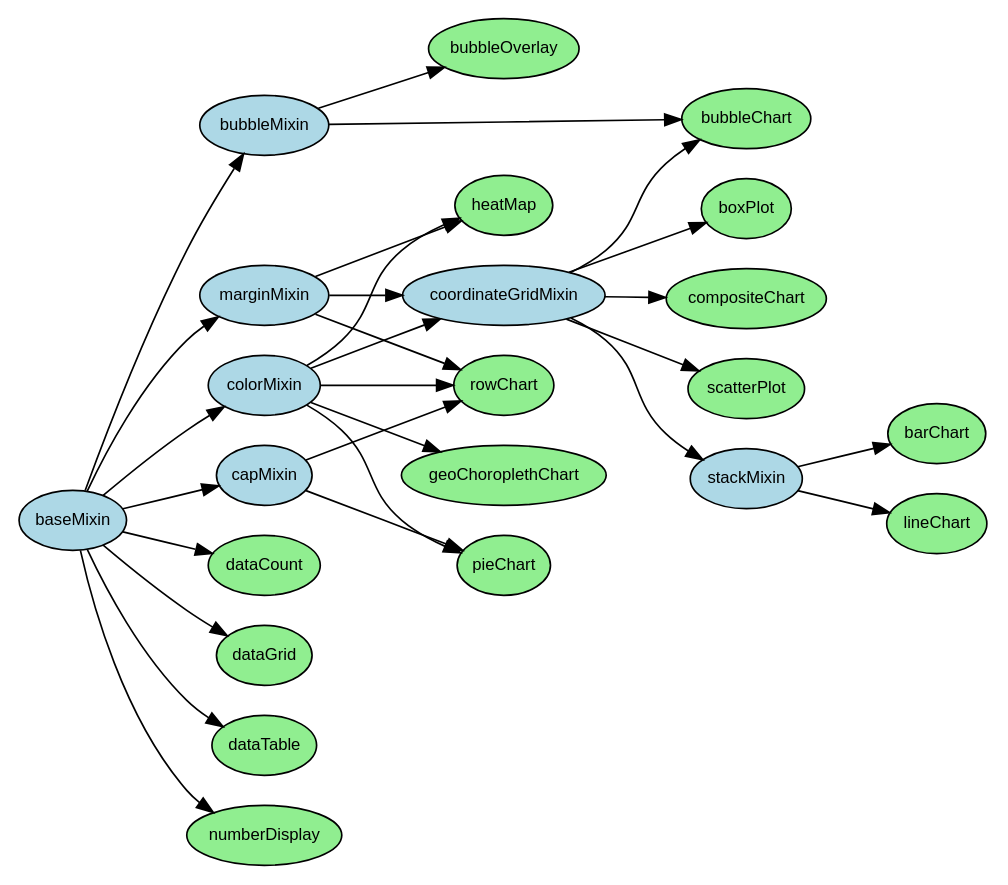
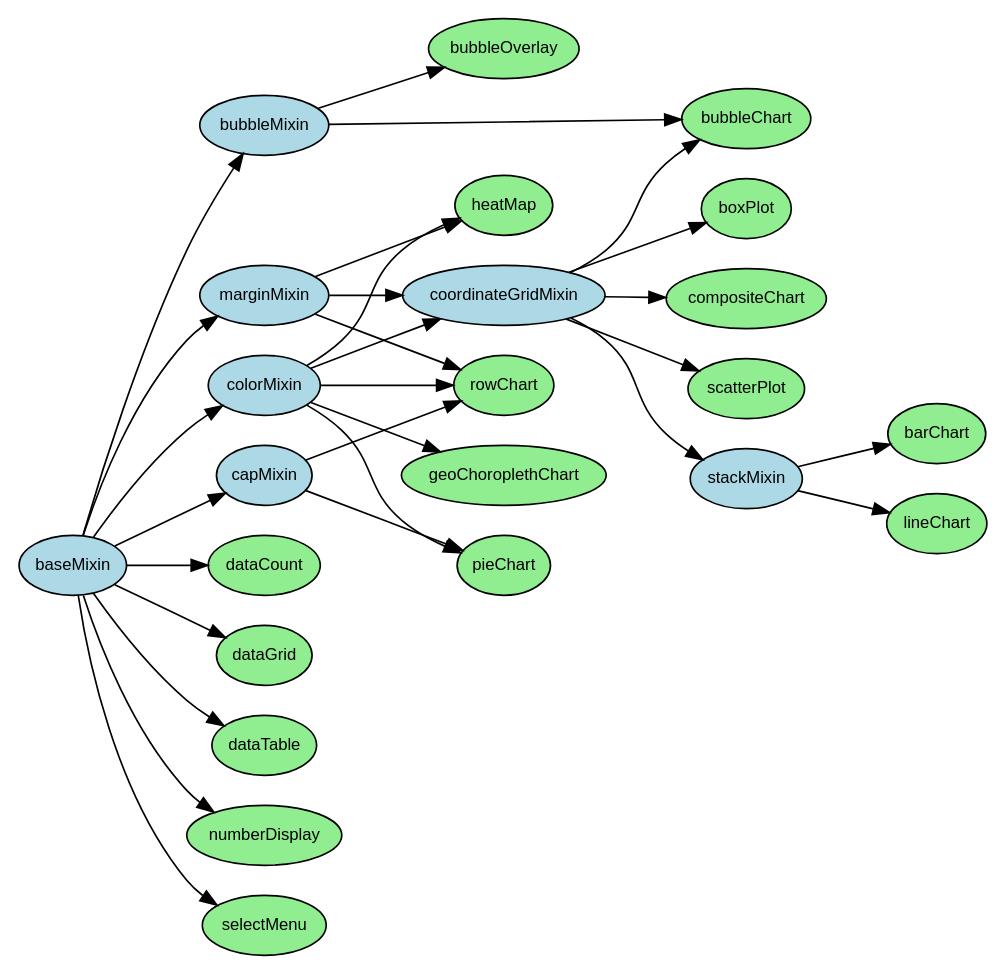
One commit to dc-js/dc.js changed the diagram in class-hierarchy.dot. Above: the diagram before and after it, drawn with Graphviz. The commit also changed 1 other file, not shown here.

```diff
--- a/class-hierarchy.dot
+++ b/class-hierarchy.dot
@@ -1,34 +1,35 @@
 digraph dcHierarchy {
 graph [rankdir=LR, ranksep=0.5]
 node [fontname="sans-serif", fontsize=10, margin="0.05,0.05", href="dc.\N.html"]
 node [style=filled, fillcolor=lightgreen]
 { node [style=filled, fillcolor=lightblue] baseMixin colorMixin marginMixin bubbleMixin coordinateGridMixin stackMixin capMixin }
 baseMixin [href="dc.baseMixin.html"]
 colorMixin -> coordinateGridMixin
 marginMixin -> coordinateGridMixin
 coordinateGridMixin -> stackMixin
 stackMixin -> barChart
 coordinateGridMixin -> boxPlot
 coordinateGridMixin -> bubbleChart
 bubbleMixin -> bubbleChart
 baseMixin -> bubbleMixin
 bubbleMixin -> bubbleOverlay
 coordinateGridMixin -> compositeChart
 baseMixin -> dataCount
 baseMixin -> dataGrid
 baseMixin -> dataTable
 baseMixin -> colorMixin
 colorMixin -> geoChoroplethChart
 baseMixin -> marginMixin
 marginMixin -> heatMap
 colorMixin -> heatMap
 stackMixin -> lineChart
 baseMixin -> numberDisplay
 colorMixin -> pieChart
 baseMixin -> capMixin
 capMixin -> pieChart
 capMixin -> rowChart
 marginMixin -> rowChart
 colorMixin -> rowChart
 coordinateGridMixin -> scatterPlot
+baseMixin -> selectMenu
 }
```
